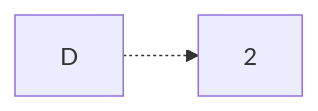
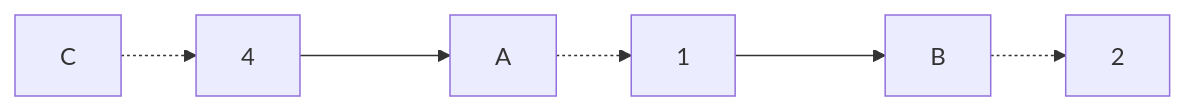
Before and after one commit to hse-algo-24-crow/manual-tasks-crow: diagram 13 of 14 in task-8/Milty-task-8.md, drawn with Mermaid. The commit also changed other lines of this file, not shown here.

````diff
--- a/task-8/Milty-task-8.md
+++ b/task-8/Milty-task-8.md
@@ -376,4 +412,4 @@
 ```mermaid
 graph LR
-    D -.-> 2 
+    C -.-> 4 ---> A -.-> 1 ---> B -.-> 2
 ```
````
